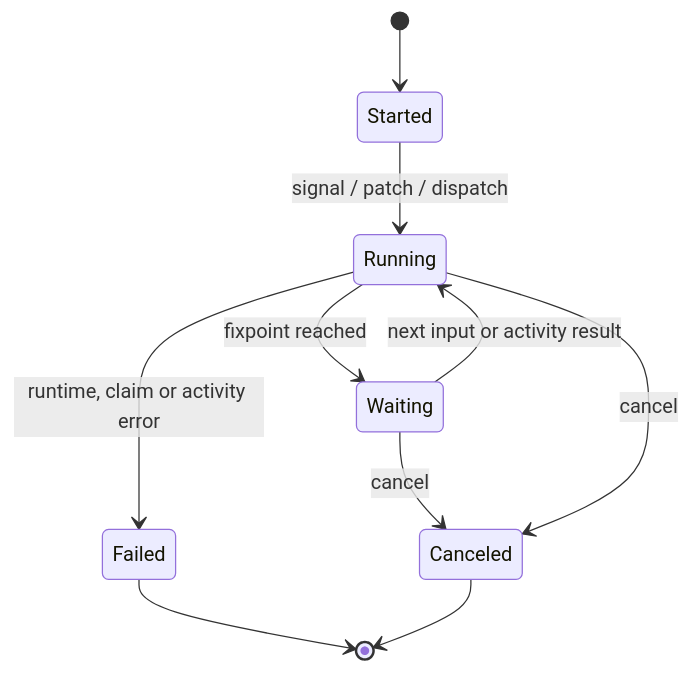
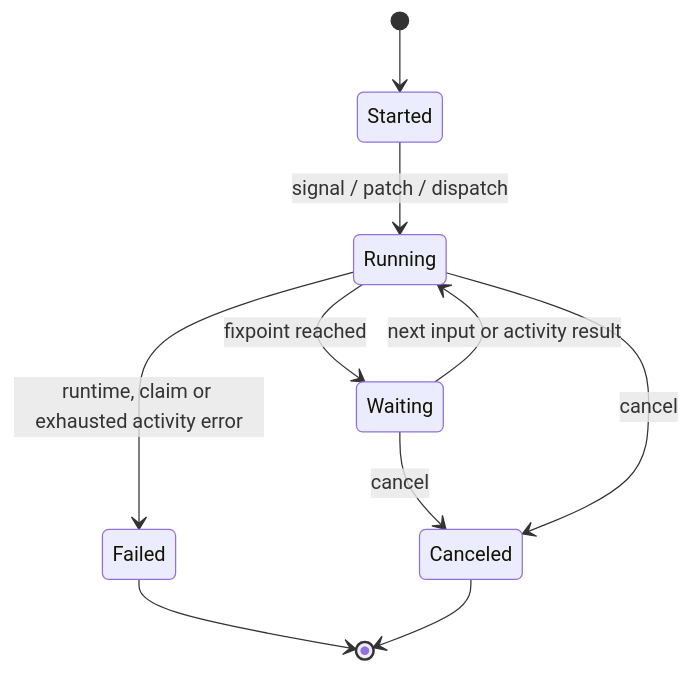
The third of 4 diagrams in ARCHITECTURE.md (Homiakus/axiom), drawn with Mermaid before and after one commit. The commit also changed other lines of this file, not shown here.

Commit message:
docs(architecture): align activity policy runtime model

````diff
--- a/ARCHITECTURE.md
+++ b/ARCHITECTURE.md
@@ -85,12 +87,12 @@
 ```mermaid
 stateDiagram-v2
     [*] --> Started
     Started --> Running: signal / patch / dispatch
     Running --> Waiting: fixpoint reached
     Waiting --> Running: next input or activity result
-    Running --> Failed: runtime, claim or activity error
+    Running --> Failed: runtime, claim or exhausted activity error
     Waiting --> Canceled: cancel
     Running --> Canceled: cancel
     Failed --> [*]
     Canceled --> [*]
 ```
````
